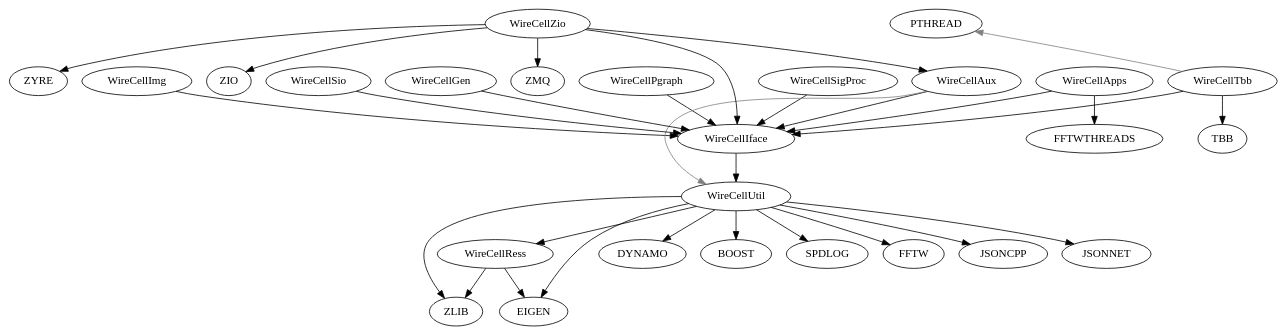
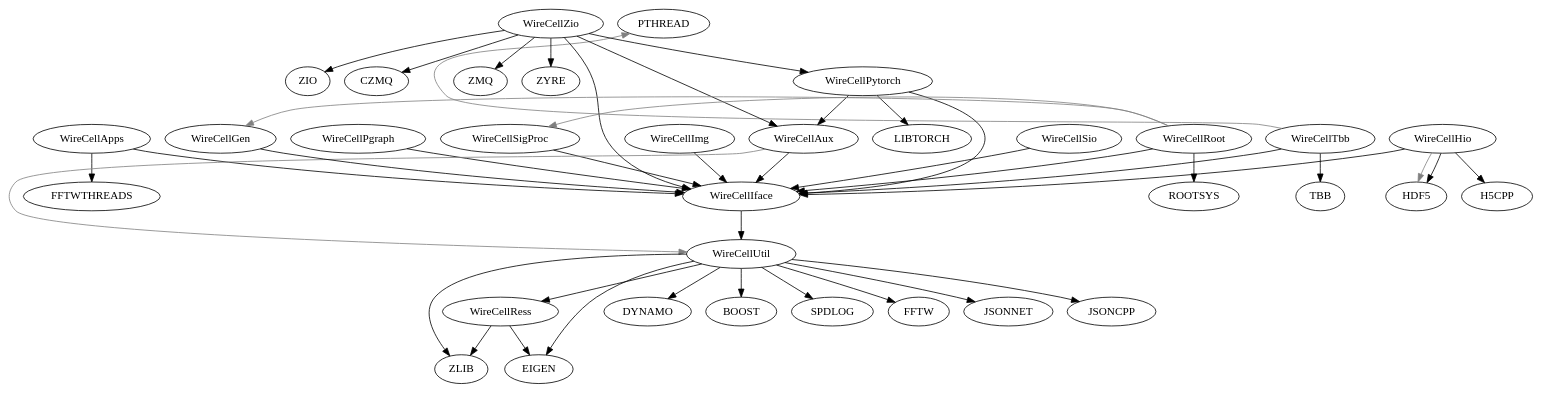
One commit to zhihuadong/wire-cell-toolkit changed the diagram in wct-deps.dot. Above: the diagram before and after it, drawn with Graphviz. The commit also changed 1 other file, not shown here.

```diff
--- a/wct-deps.dot
+++ b/wct-deps.dot
@@ -1,43 +1,59 @@
 digraph deps {
 	"WireCellPgraph";
 	"WireCellApps";
 	"WireCellSigProc";
 	"WireCellImg";
 	"WireCellAux";
 	"WireCellTbb";
 	"WireCellZio";
+	"WireCellPytorch";
 	"WireCellSio";
 	"WireCellRess";
 	"WireCellIface";
+	"WireCellRoot";
 	"WireCellGen";
+	"WireCellHio";
 	"WireCellUtil";
 	"WireCellApps" -> "FFTWTHREADS"[color="black"];
 	"WireCellRess" -> "ZLIB"[color="black"];
 	"WireCellUtil" -> "DYNAMO"[color="black"];
 	"WireCellAux" -> "WireCellIface"[color="black"];
-	"WireCellUtil" -> "BOOST"[color="black"];
+	"WireCellPytorch" -> "WireCellAux"[color="black"];
 	"WireCellUtil" -> "ZLIB"[color="black"];
+	"WireCellHio" -> "H5CPP"[color="black"];
 	"WireCellPgraph" -> "WireCellIface"[color="black"];
+	"WireCellHio" -> "HDF5"[color="gray",constraint=false];
+	"WireCellHio" -> "HDF5"[color="black"];
 	"WireCellAux" -> "WireCellUtil"[color="gray",constraint=false];
 	"WireCellZio" -> "WireCellIface"[color="black"];
+	"WireCellZio" -> "WireCellPytorch"[color="black"];
 	"WireCellSigProc" -> "WireCellIface"[color="black"];
 	"WireCellTbb" -> "WireCellIface"[color="black"];
 	"WireCellGen" -> "WireCellIface"[color="black"];
 	"WireCellZio" -> "ZIO"[color="black"];
+	"WireCellUtil" -> "BOOST"[color="black"];
+	"WireCellRoot" -> "WireCellIface"[color="black"];
 	"WireCellImg" -> "WireCellIface"[color="black"];
 	"WireCellUtil" -> "EIGEN"[color="black"];
+	"WireCellRoot" -> "ROOTSYS"[color="black"];
+	"WireCellZio" -> "CZMQ"[color="black"];
 	"WireCellUtil" -> "WireCellRess"[color="black"];
+	"WireCellRoot" -> "WireCellSigProc"[color="gray",constraint=false];
 	"WireCellTbb" -> "PTHREAD"[color="gray",constraint=false];
 	"WireCellUtil" -> "SPDLOG"[color="black"];
+	"WireCellRoot" -> "WireCellGen"[color="gray",constraint=false];
 	"WireCellZio" -> "ZMQ"[color="black"];
 	"WireCellUtil" -> "FFTW"[color="black"];
+	"WireCellHio" -> "WireCellIface"[color="black"];
 	"WireCellSio" -> "WireCellIface"[color="black"];
-	"WireCellUtil" -> "JSONCPP"[color="black"];
+	"WireCellPytorch" -> "WireCellIface"[color="black"];
+	"WireCellPytorch" -> "LIBTORCH"[color="black"];
 	"WireCellUtil" -> "JSONNET"[color="black"];
 	"WireCellRess" -> "EIGEN"[color="black"];
 	"WireCellIface" -> "WireCellUtil"[color="black"];
 	"WireCellZio" -> "WireCellAux"[color="black"];
 	"WireCellTbb" -> "TBB"[color="black"];
 	"WireCellApps" -> "WireCellIface"[color="black"];
+	"WireCellUtil" -> "JSONCPP"[color="black"];
 	"WireCellZio" -> "ZYRE"[color="black"];
 }
```
